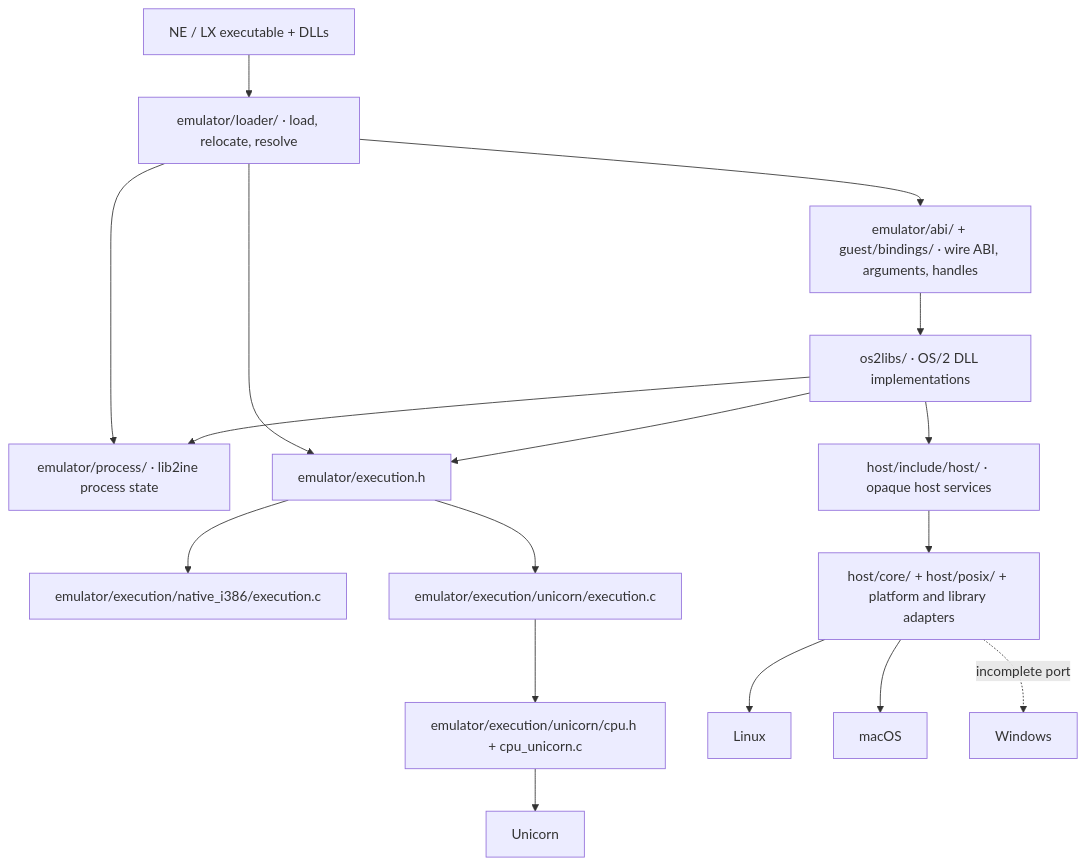
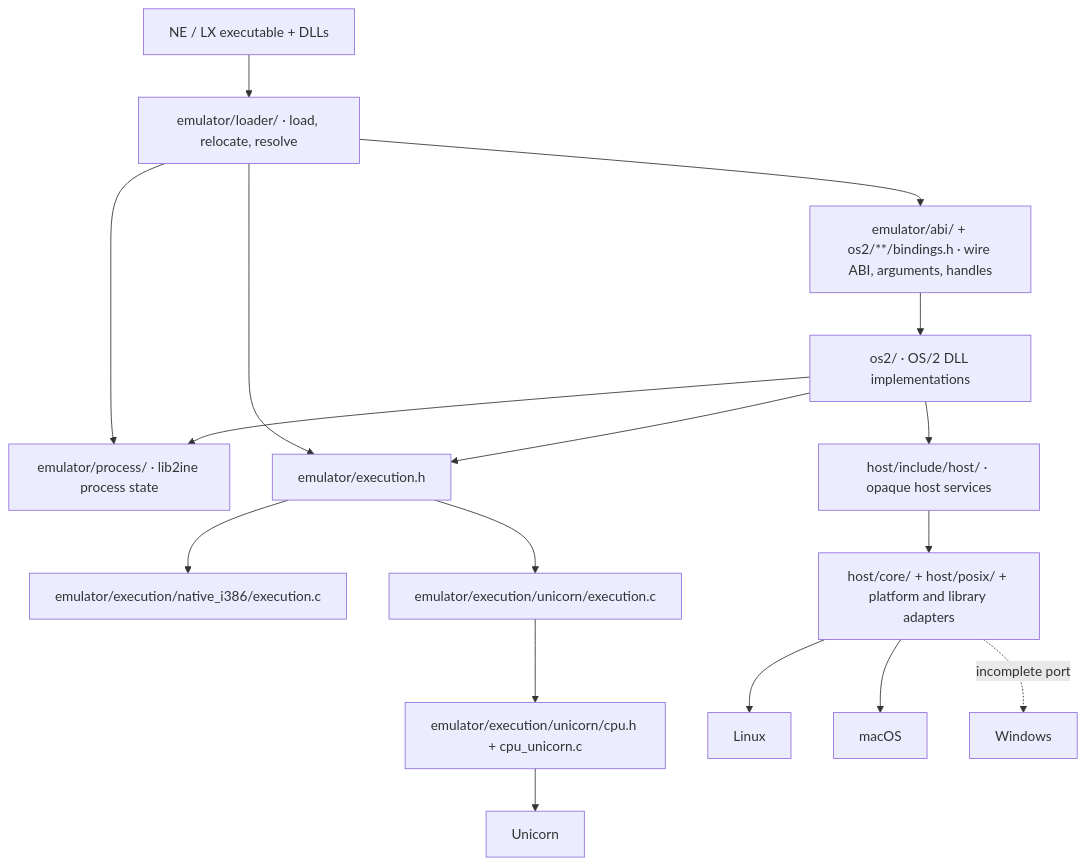
One commit to bitwisecook/2ine changed the first of 9 diagrams in docs/architecture.md. Above: the diagram before and after it, drawn with Mermaid. The commit also changed other lines of this file and 801 other files, not shown here.

````diff
--- a/docs/architecture.md
+++ b/docs/architecture.md
@@ -9,18 +9,18 @@
 ```mermaid
 flowchart TD
     Image["NE / LX executable + DLLs"] --> Loader["emulator/loader/ · load, relocate, resolve"]
     Loader --> Process["emulator/process/ · lib2ine process state"]
-    Loader --> Guest["emulator/abi/ + guest/bindings/ · wire ABI, arguments, handles"]
-    Guest --> APIs["os2libs/ · OS/2 DLL implementations"]
+    Loader --> Guest["emulator/abi/ + os2/**/bindings.h · wire ABI, arguments, handles"]
+    Guest --> APIs["os2/ · OS/2 DLL implementations"]
     APIs --> Process
     Loader --> Execution["emulator/execution.h"]
     APIs --> Execution
     Execution --> Native["emulator/execution/native_i386/execution.c"]
     Execution --> Emulator["emulator/execution/unicorn/execution.c"]
     Emulator --> CPU["emulator/execution/unicorn/cpu.h + cpu_unicorn.c"] --> Unicorn["Unicorn"]
     APIs --> Host["host/include/host/ · opaque host services"]
     Host --> Adapters["host/core/ + host/posix/ + platform and library adapters"]
     Adapters --> Linux["Linux"]
     Adapters --> Mac["macOS"]
     Adapters -. incomplete port .-> Windows["Windows"]
 ```
````
